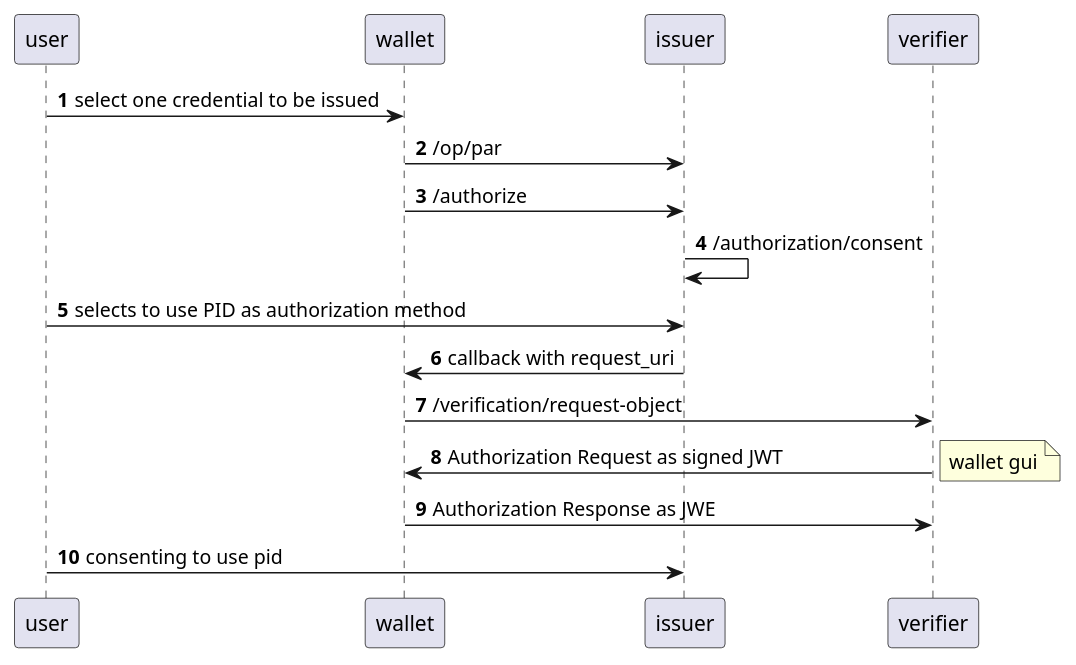
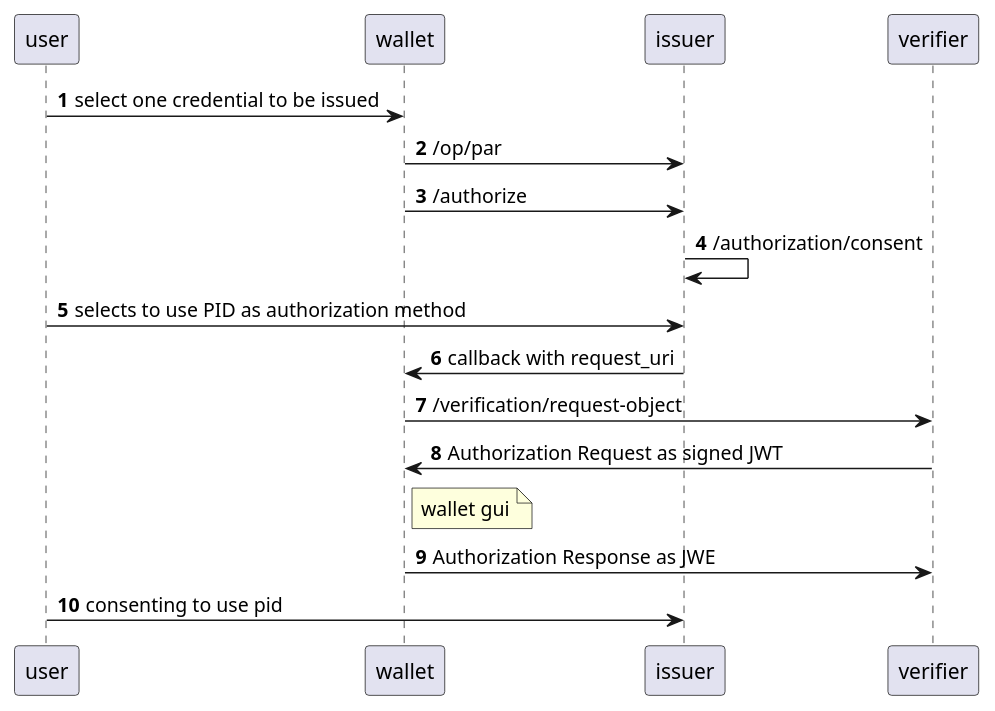
Before and after one commit to SUNET/vc: the diagram in docs/diagrams/pid_auth_flow.puml, drawn with PlantUML. The commit also changed 3 other files, not shown here.

Commit message:
Make notes better in diagrams.

```diff
--- a/docs/diagrams/pid_auth_flow.puml
+++ b/docs/diagrams/pid_auth_flow.puml
@@ -1,16 +1,16 @@
 @startuml
 
 autonumber
 user -> wallet: select one credential to be issued
 wallet -> issuer: /op/par
 wallet -> issuer: /authorize
 issuer -> issuer: /authorization/consent
 user -> issuer: selects to use PID as authorization method
 issuer -> wallet: callback with request_uri
 wallet -> verifier: /verification/request-object
 verifier -> wallet: Authorization Request as signed JWT 
-note right: wallet gui
+note right of wallet: wallet gui
 wallet -> verifier: Authorization Response as JWE
 user -> issuer: consenting to use pid
 
 @enduml
```
